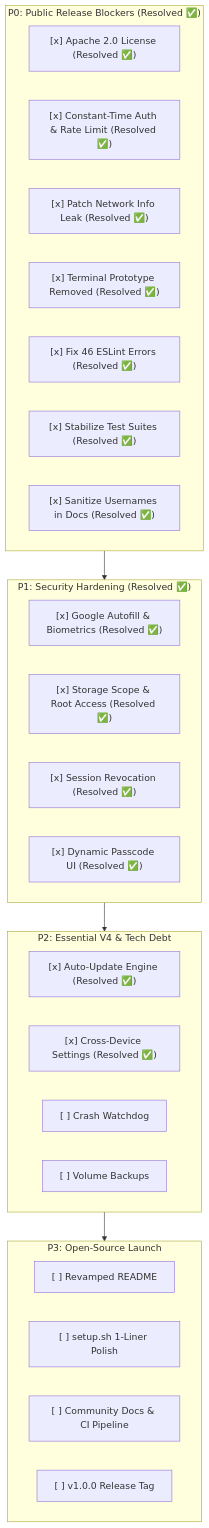
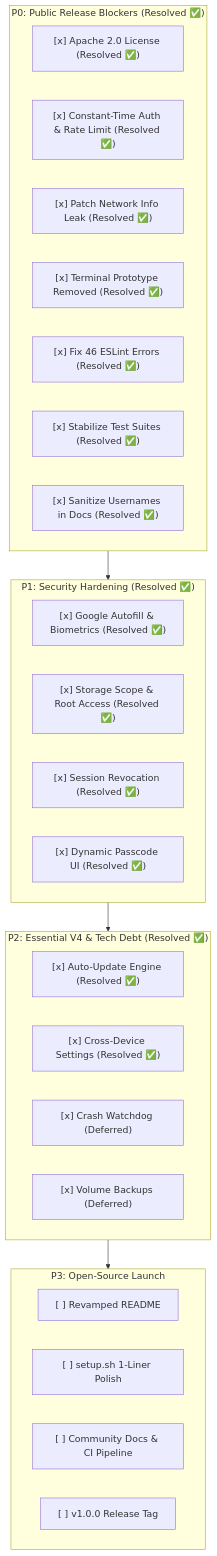
Before and after one commit to Cypher0071/Home_Cloud: the diagram in docs/launch_changes.md, drawn with Mermaid. The commit also changed other lines of this file and 1 other file, not shown here.

Commit message:
feat(docs): update launch readiness scorecard and add future roadmap for post-1.0 features

````diff
--- a/docs/launch_changes.md
+++ b/docs/launch_changes.md
@@ -393,37 +392,37 @@
 ```mermaid
 flowchart TD
     subgraph P0["P0: Public Release Blockers (Resolved ✅)"]
         L["[x] Apache 2.0 License (Resolved ✅)"]
         A["[x] Constant-Time Auth & Rate Limit (Resolved ✅)"]
         N["[x] Patch Network Info Leak (Resolved ✅)"]
         T["[x] Terminal Prototype Removed (Resolved ✅)"]
         E["[x] Fix 46 ESLint Errors (Resolved ✅)"]
         TS["[x] Stabilize Test Suites (Resolved ✅)"]
         S["[x] Sanitize Usernames in Docs (Resolved ✅)"]
     end
 
     subgraph P1["P1: Security Hardening (Resolved ✅)"]
         W["[x] Google Autofill & Biometrics (Resolved ✅)"]
         J["[x] Storage Scope & Root Access (Resolved ✅)"]
         R["[x] Session Revocation (Resolved ✅)"]
         P["[x] Dynamic Passcode UI (Resolved ✅)"]
     end
 
-    subgraph P2["P2: Essential V4 & Tech Debt"]
+    subgraph P2["P2: Essential V4 & Tech Debt (Resolved ✅)"]
         AU["[x] Auto-Update Engine (Resolved ✅)"]
         SP["[x] Cross-Device Settings (Resolved ✅)"]
-        CW["[ ] Crash Watchdog"]
-        BK["[ ] Volume Backups"]
+        CW["[x] Crash Watchdog (Deferred)"]
+        BK["[x] Volume Backups (Deferred)"]
     end
 
     subgraph P3["P3: Open-Source Launch"]
         RM["[ ] Revamped README"]
         ST["[ ] setup.sh 1-Liner Polish"]
         GH["[ ] Community Docs & CI Pipeline"]
         REL["[ ] v1.0.0 Release Tag"]
     end
 
     P0 --> P1
     P1 --> P2
     P2 --> P3
 ```
````
